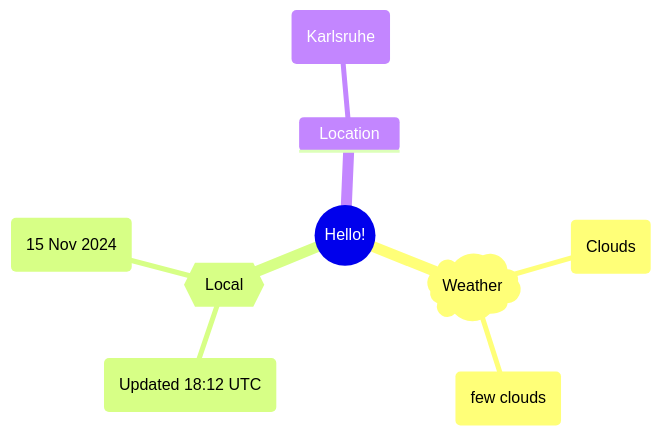
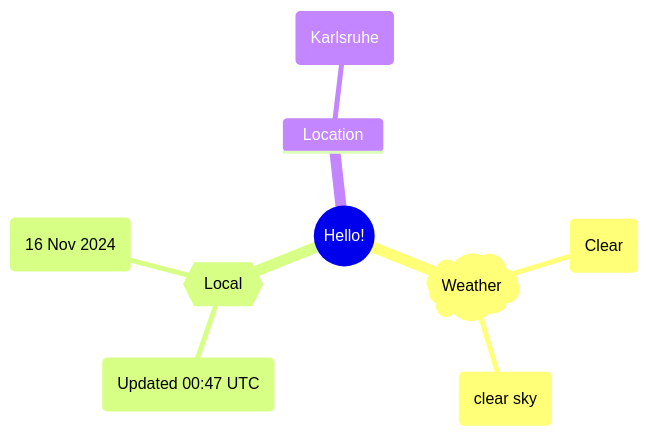
One commit to Xosrov/Xosrov changed the first of 2 diagrams in README.md. Above: the diagram before and after it, drawn with Mermaid.

Commit message:
[bot] updated images

````diff
--- a/README.md
+++ b/README.md
@@ -3,12 +3,12 @@
 ```mermaid
 mindmap
   root((Hello!))
     )Weather(
-        (Clouds)
-        (few clouds)
+        (Clear)
+        (clear sky)
     {{Local}}
-        (Updated 18:12 UTC)
-        (15 Nov 2024)
+        (Updated 00:47 UTC)
+        (16 Nov 2024)
     Location
         (Karlsruhe)
 ```
````
